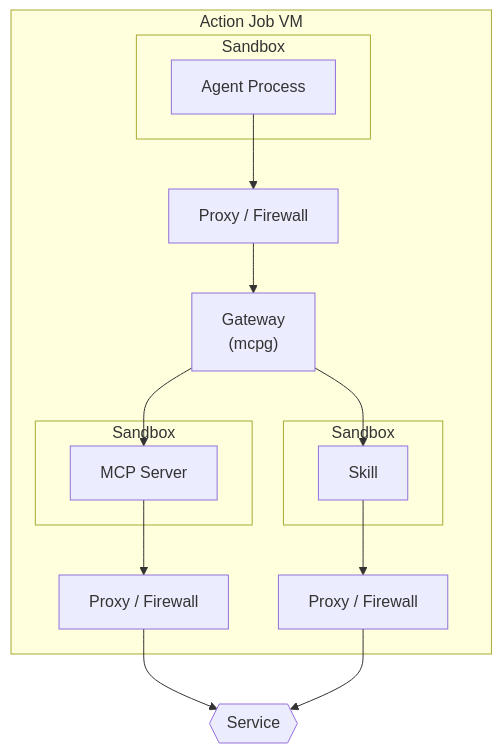
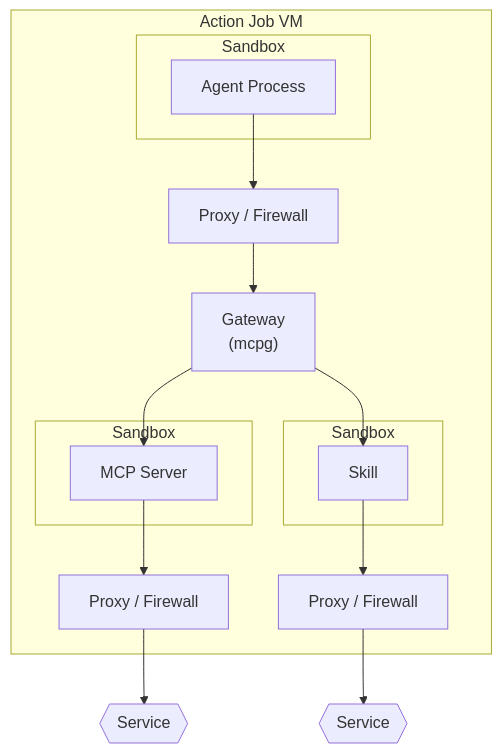
Before and after one commit to githubnext/gh-aw: the diagram in docs/src/content/docs/guides/security.md, drawn with Mermaid.

Commit message:
fix: show separate services for MCP server and skill
Updated diagram to clarify that MCP servers and skills can connect
to different external services, each controlled by their own
proxy/firewall layer.

````diff
--- a/docs/src/content/docs/guides/security.md
+++ b/docs/src/content/docs/guides/security.md
@@ -24,36 +24,37 @@
 ```mermaid
 flowchart TB
     subgraph ActionJobVM["Action Job VM"]
         subgraph Sandbox1["Sandbox"]
             Agent["Agent Process"]
         end
 
         Proxy1["Proxy / Firewall"]
         Gateway["Gateway<br/>(mcpg)"]
 
         Agent --> Proxy1
         Proxy1 --> Gateway
 
         subgraph Sandbox2["Sandbox"]
             MCP["MCP Server"]
         end
 
         subgraph Sandbox3["Sandbox"]
             Skill["Skill"]
         end
 
         Gateway --> MCP
         Gateway --> Skill
 
         Proxy2["Proxy / Firewall"]
         Proxy3["Proxy / Firewall"]
 
         MCP --> Proxy2
         Skill --> Proxy3
     end
 
-    Service{{"Service"}}
+    Service1{{"Service"}}
+    Service2{{"Service"}}
 
-    Proxy2 --> Service
-    Proxy3 --> Service
+    Proxy2 --> Service1
+    Proxy3 --> Service2
 ```
````
